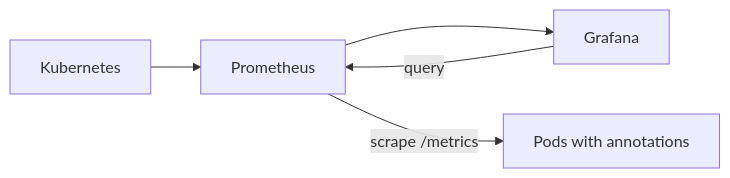
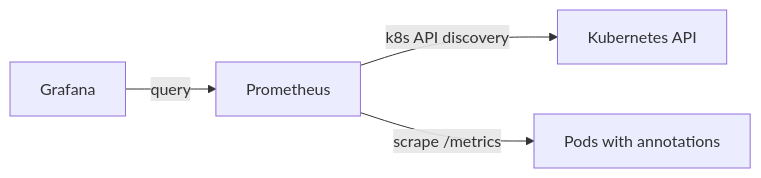
The diagram in docs/monitoring.md (kjh5848/k8s-kind), drawn with Mermaid before and after one commit.

Commit message:
수정

````diff
--- a/docs/monitoring.md
+++ b/docs/monitoring.md
@@ -174,7 +174,6 @@
 ```mermaid
 flowchart LR
-  K[Kubernetes] --> P[Prometheus]
-  P --> G[Grafana]
+  P[Prometheus] -->|k8s API discovery| K[Kubernetes API]
   P -->|scrape /metrics| PODS[Pods with annotations]
-  G -->|query| P
+  G[Grafana] -->|query| P
 ```
````
